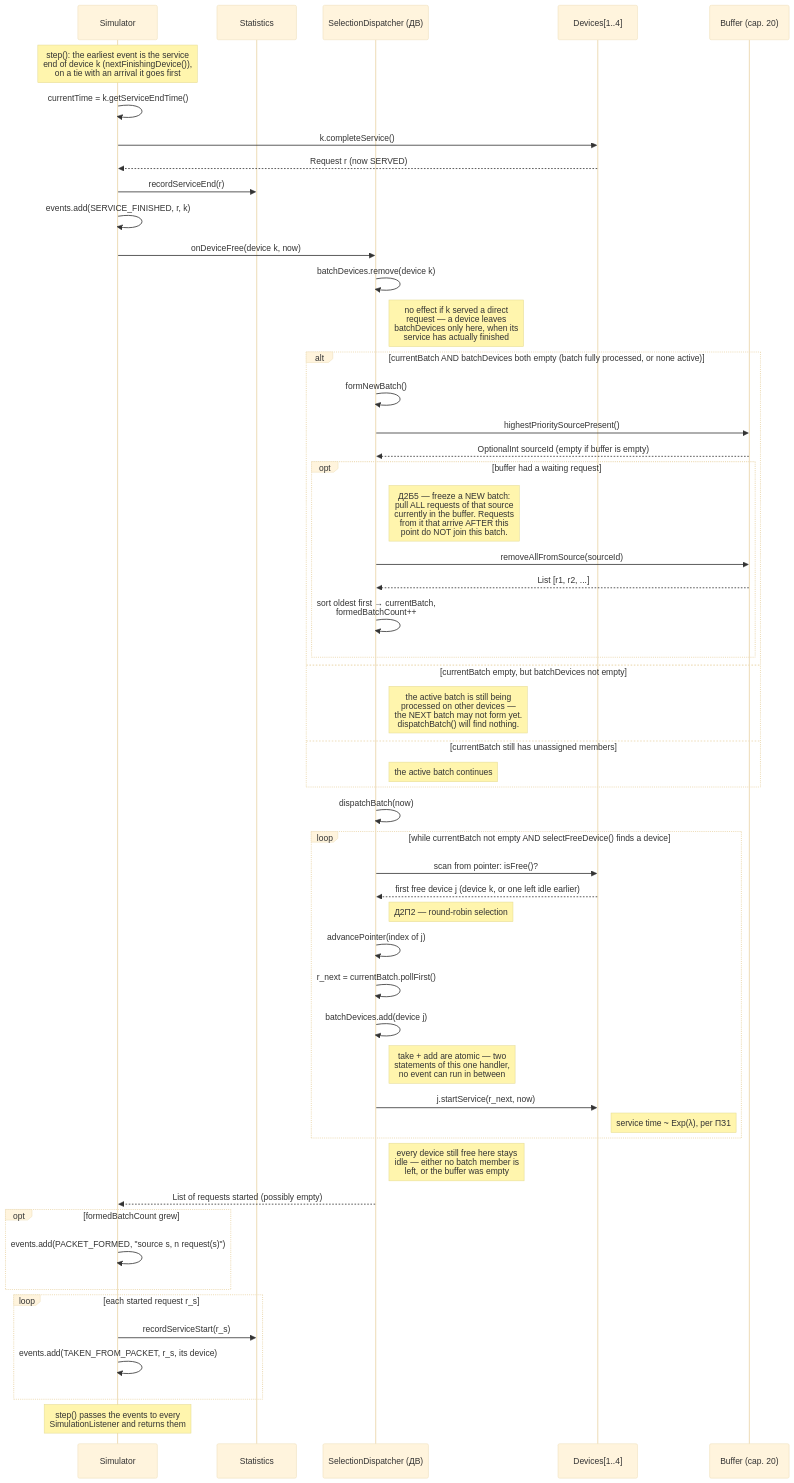
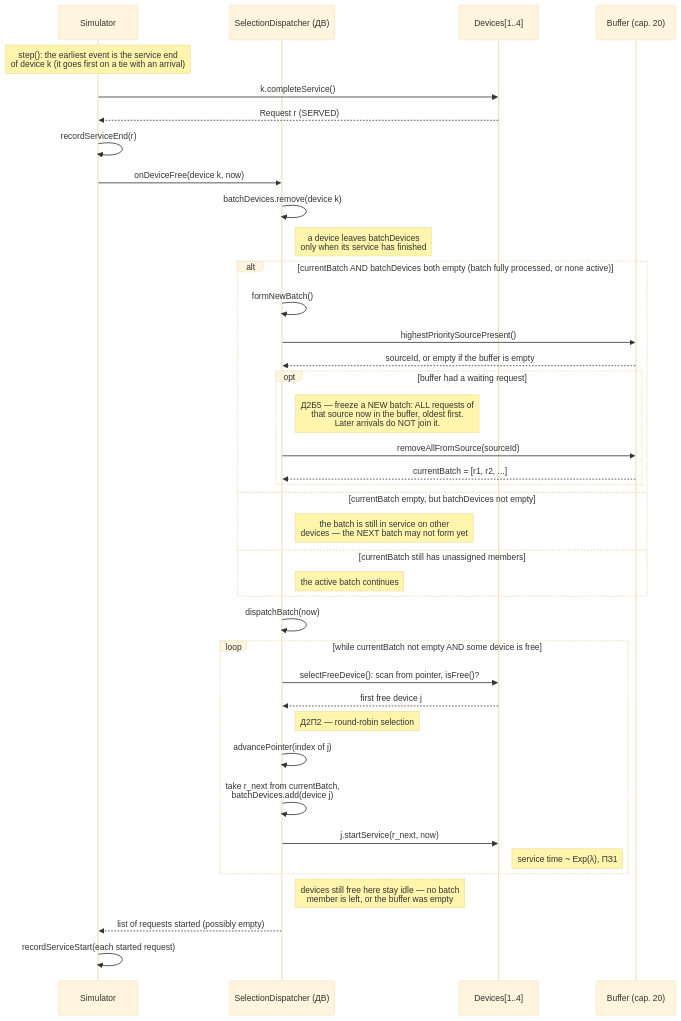
Before and after one commit to abdelrhmanbaha/smo-v24-commodity-trading: the diagram in docs/diagrams/sequence-device-free.mmd, drawn with Mermaid (base theme). The commit also changed 8 other files, not shown here.

Commit message:
class and sequence diagrams to the design level add things

```diff
--- a/docs/diagrams/sequence-device-free.mmd
+++ b/docs/diagrams/sequence-device-free.mmd
@@ -1,56 +1,42 @@
 sequenceDiagram
     participant Sim as Simulator
-    participant St as Statistics
     participant ДВ as SelectionDispatcher (ДВ)
     participant D as Devices[1..4]
     participant B as Buffer (cap. 20)
 
-    Note over Sim: step(): the earliest event is the service<br/>end of device k (nextFinishingDevice()),<br/>on a tie with an arrival it goes first
-    Sim->>Sim: currentTime = k.getServiceEndTime()
+    Note over Sim: step(): the earliest event is the service end<br/>of device k (it goes first on a tie with an arrival)
     Sim->>D: k.completeService()
-    D-->>Sim: Request r (now SERVED)
-    Sim->>St: recordServiceEnd(r)
-    Sim->>Sim: events.add(SERVICE_FINISHED, r, k)
+    D-->>Sim: Request r (SERVED)
+    Sim->>Sim: recordServiceEnd(r)
     Sim->>ДВ: onDeviceFree(device k, now)
-
     ДВ->>ДВ: batchDevices.remove(device k)
-    Note right of ДВ: no effect if k served a direct<br/>request — a device leaves<br/>batchDevices only here, when its<br/>service has actually finished
+    Note right of ДВ: a device leaves batchDevices<br/>only when its service has finished
 
     alt currentBatch AND batchDevices both empty (batch fully processed, or none active)
         ДВ->>ДВ: formNewBatch()
         ДВ->>B: highestPrioritySourcePresent()
-        B-->>ДВ: OptionalInt sourceId (empty if buffer is empty)
+        B-->>ДВ: sourceId, or empty if the buffer is empty
         opt buffer had a waiting request
-            Note right of ДВ: Д2Б5 — freeze a NEW batch:<br/>pull ALL requests of that source<br/>currently in the buffer. Requests<br/>from it that arrive AFTER this<br/>point do NOT join this batch.
+            Note right of ДВ: Д2Б5 — freeze a NEW batch: ALL requests of<br/>that source now in the buffer, oldest first.<br/>Later arrivals do NOT join it.
             ДВ->>B: removeAllFromSource(sourceId)
-            B-->>ДВ: List [r1, r2, ...]
-            ДВ->>ДВ: sort oldest first → currentBatch,<br/>formedBatchCount++
+            B-->>ДВ: currentBatch = [r1, r2, ...]
         end
     else currentBatch empty, but batchDevices not empty
-        Note right of ДВ: the active batch is still being<br/>processed on other devices —<br/>the NEXT batch may not form yet.<br/>dispatchBatch() will find nothing.
+        Note right of ДВ: the batch is still in service on other<br/>devices — the NEXT batch may not form yet
     else currentBatch still has unassigned members
         Note right of ДВ: the active batch continues
     end
 
     ДВ->>ДВ: dispatchBatch(now)
-    loop while currentBatch not empty AND selectFreeDevice() finds a device
-        ДВ->>D: scan from pointer: isFree()?
-        D-->>ДВ: first free device j (device k, or one left idle earlier)
+    loop while currentBatch not empty AND some device is free
+        ДВ->>D: selectFreeDevice(): scan from pointer, isFree()?
+        D-->>ДВ: first free device j
         Note right of ДВ: Д2П2 — round-robin selection
         ДВ->>ДВ: advancePointer(index of j)
-        ДВ->>ДВ: r_next = currentBatch.pollFirst()
-        ДВ->>ДВ: batchDevices.add(device j)
-        Note right of ДВ: take + add are atomic — two<br/>statements of this one handler,<br/>no event can run in between
+        ДВ->>ДВ: take r_next from currentBatch,<br/>batchDevices.add(device j)
         ДВ->>D: j.startService(r_next, now)
-        Note right of D: service time ~ Exp(λ), per ПЗ1
+        Note right of D: service time ~ Exp(λ), ПЗ1
     end
-    Note right of ДВ: every device still free here stays<br/>idle — either no batch member is<br/>left, or the buffer was empty
-    ДВ-->>Sim: List of requests started (possibly empty)
-    opt formedBatchCount grew
-        Sim->>Sim: events.add(PACKET_FORMED, "source s, n request(s)")
-    end
-    loop each started request r_s
-        Sim->>St: recordServiceStart(r_s)
-        Sim->>Sim: events.add(TAKEN_FROM_PACKET, r_s, its device)
-    end
-    Note over Sim: step() passes the events to every<br/>SimulationListener and returns them
+    Note right of ДВ: devices still free here stay idle — no batch<br/>member is left, or the buffer was empty
+    ДВ-->>Sim: list of requests started (possibly empty)
+    Sim->>Sim: recordServiceStart(each started request)
```
